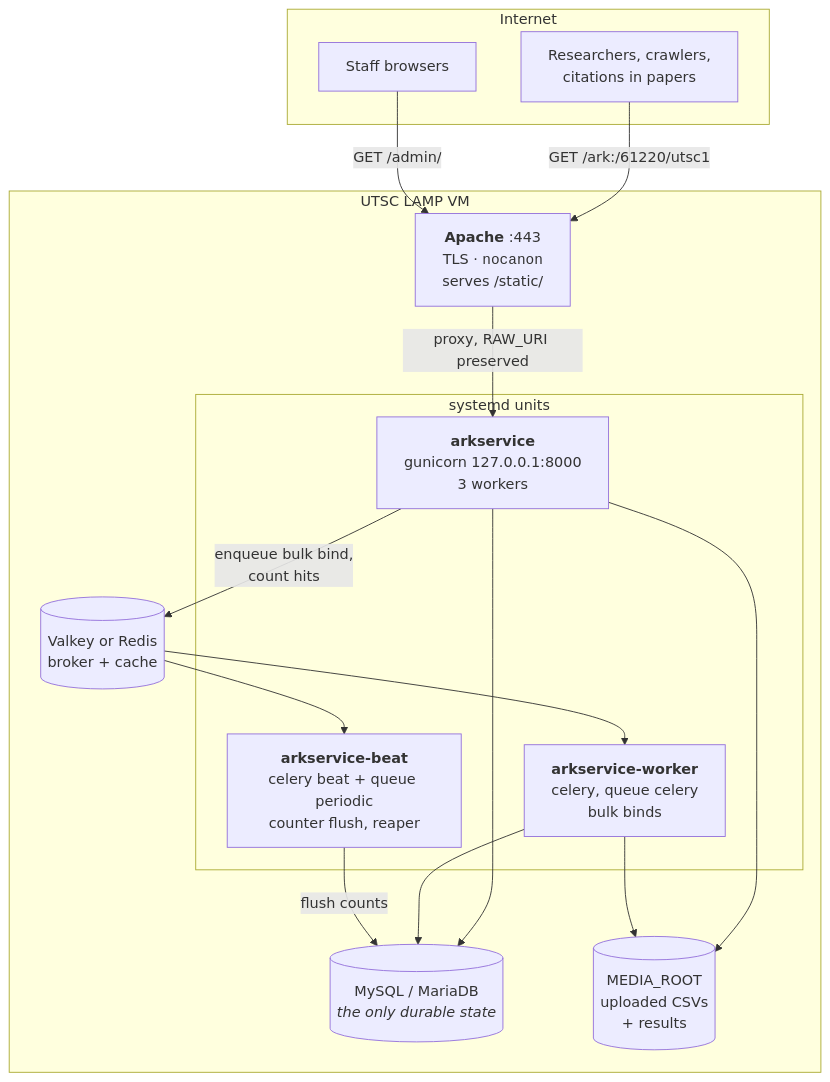
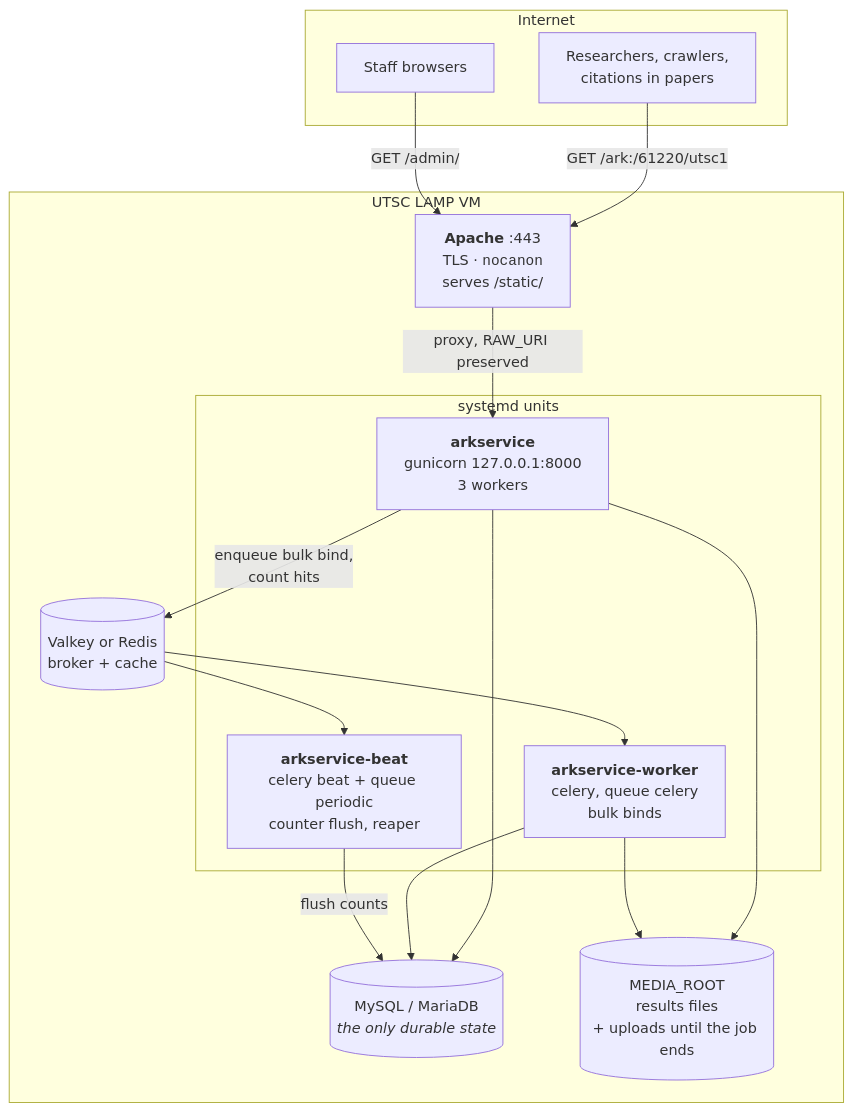
The second of 11 diagrams in docs/README_EXTENDED.md (digitalutsc/arks-service), drawn with Mermaid before and after one commit. The commit also changed 7 other files, not shown here.

First line of the commit message:
Delete a bulk-bind upload as soon as its job ends

````diff
--- a/docs/README_EXTENDED.md
+++ b/docs/README_EXTENDED.md
@@ -77,33 +77,33 @@
 ```mermaid
 flowchart TB
     subgraph WORLD["Internet"]
         U["Researchers, crawlers,<br/>citations in papers"]
         S["Staff browsers"]
     end
 
     subgraph VM["UTSC LAMP VM"]
         AP["<b>Apache</b> :443<br/>TLS · <code>nocanon</code><br/>serves /static/"]
 
         subgraph SYSTEMD["systemd units"]
             GU["<b>arkservice</b><br/>gunicorn 127.0.0.1:8000<br/>3 workers"]
             CW["<b>arkservice-worker</b><br/>celery, queue celery<br/>bulk binds"]
             CB["<b>arkservice-beat</b><br/>celery beat + queue periodic<br/>counter flush, reaper"]
         end
 
         RD[("Valkey or Redis<br/>broker + cache")]
         DB[("MySQL / MariaDB<br/><i>the only durable state</i>")]
-        MED[("MEDIA_ROOT<br/>uploaded CSVs<br/>+ results")]
+        MED[("MEDIA_ROOT<br/>results files<br/>+ uploads until the job ends")]
     end
 
     U -->|"GET /ark:/61220/utsc1"| AP
     S -->|"GET /admin/"| AP
     AP -->|"proxy, RAW_URI preserved"| GU
     GU --> DB
     GU -->|"enqueue bulk bind,<br/>count hits"| RD
     RD --> CW
     RD --> CB
     CW --> DB
     CB -->|"flush counts"| DB
     GU --> MED
     CW --> MED
 ```
````
